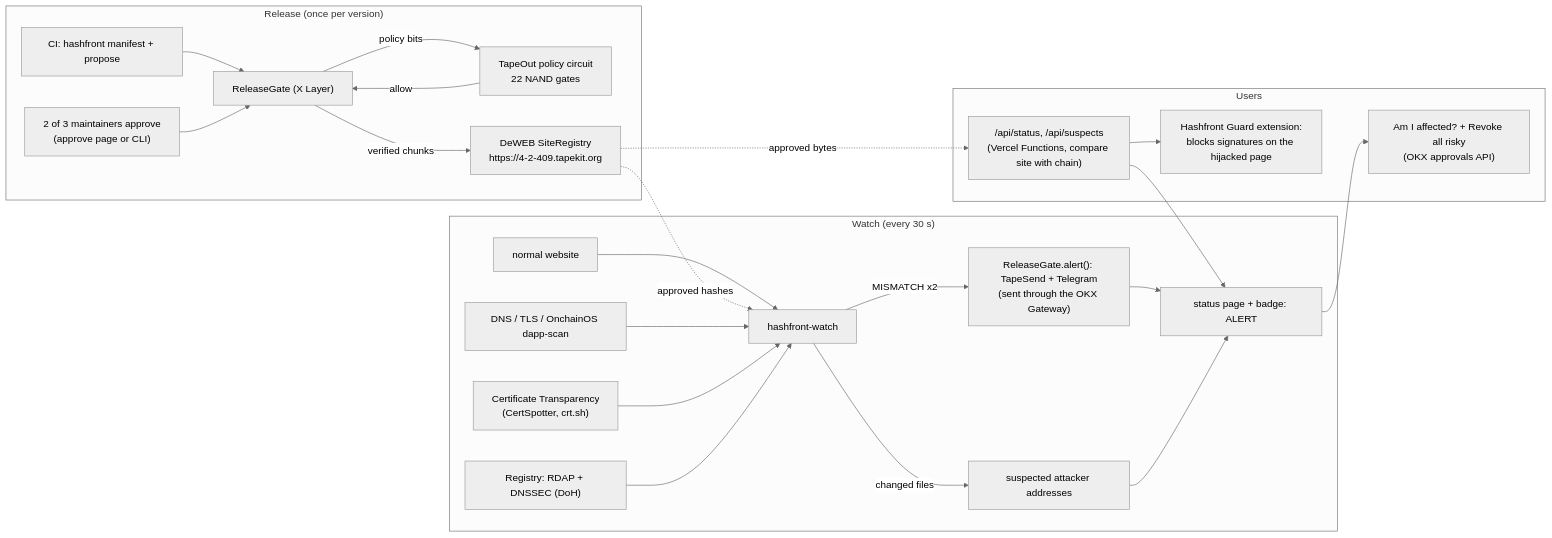
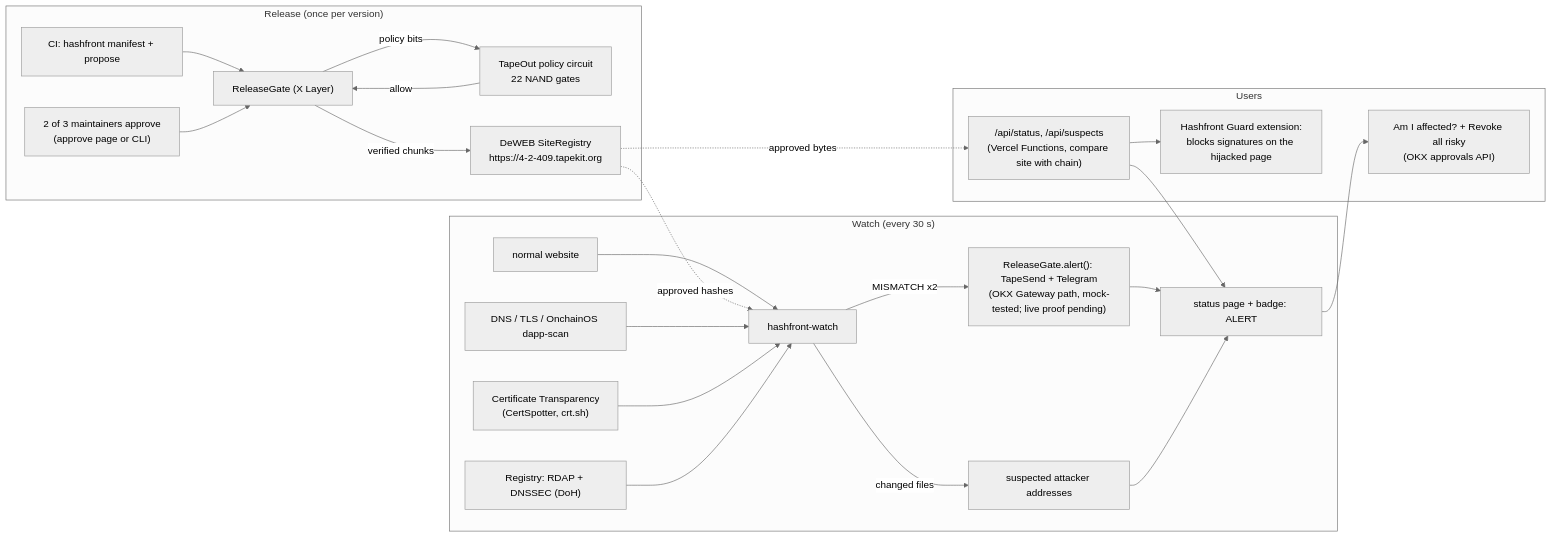
The diagram in README.md (syther069/hashfront), drawn with Mermaid (neutral theme) before and after one commit. The commit also changed other lines of this file and 6 other files, not shown here.

Commit message:
Audit fixes 3, 5, 6, 7, 10, 11: gateway claim stated as mock-tested, latency and alert-text wording, hashfront.example.json, deploy-status script, CI end-to-end job

````diff
--- a/README.md
+++ b/README.md
@@ -116,28 +119,28 @@
 ```mermaid
 flowchart LR
   subgraph Release["Release (once per version)"]
     CI["CI: hashfront manifest + propose"] --> Gate
     M["2 of 3 maintainers approve<br/>(approve page or CLI)"] --> Gate
     Gate["ReleaseGate (X Layer)"] -->|"policy bits"| Circuit["TapeOut policy circuit<br/>22 NAND gates"]
     Circuit -->|"allow"| Gate
     Gate -->|"verified chunks"| DeWEB["DeWEB SiteRegistry<br/>https://4-2-409.tapekit.org"]
   end
   subgraph Watch["Watch (every 30 s)"]
     Site["normal website"] --> Watcher["hashfront-watch"]
     DeWEB -.->|"approved hashes"| Watcher
     DNS["DNS / TLS / OnchainOS dapp-scan"] --> Watcher
     CT["Certificate Transparency<br/>(CertSpotter, crt.sh)"] --> Watcher
     RDAP["Registry: RDAP + DNSSEC (DoH)"] --> Watcher
-    Watcher -->|"MISMATCH x2"| Alert["ReleaseGate.alert(): TapeSend + Telegram<br/>(sent through the OKX Gateway)"]
+    Watcher -->|"MISMATCH x2"| Alert["ReleaseGate.alert(): TapeSend + Telegram<br/>(OKX Gateway path, mock-tested; live proof pending)"]
     Watcher -->|"changed files"| Suspects["suspected attacker addresses"]
     Alert --> Status["status page + badge: ALERT"]
   end
   subgraph Users["Users"]
     API["/api/status, /api/suspects<br/>(Vercel Functions, compare site with chain)"]
     DeWEB -.->|"approved bytes"| API
     API --> Guard["Hashfront Guard extension:<br/>blocks signatures on the hijacked page"]
     API --> Status
     Suspects --> Status
     Status --> Revoke["Am I affected? + Revoke all risky<br/>(OKX approvals API)"]
   end
 ```
````
